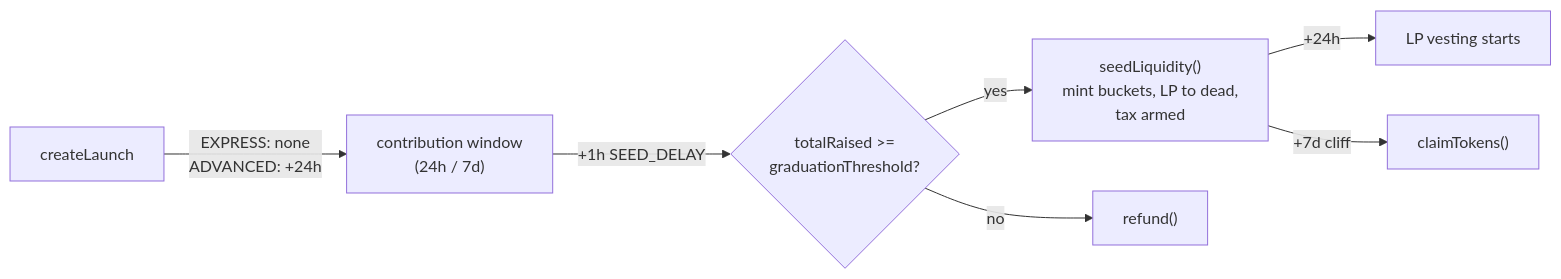
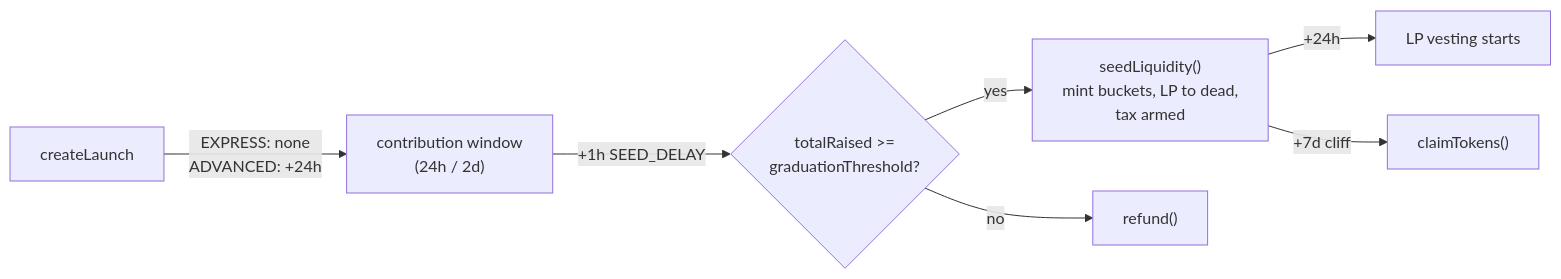
The second of 5 diagrams in SPEC.md (useboardwalk/boardwalk-contracts), drawn with Mermaid before and after one commit. The commit also changed other lines of this file and 2 other files, not shown here.

Commit message:
Document the advanced duration default as 2 days (#6)
The advanced auction window changed from 7 days to 2 days when its timelock
executed. SPEC.md and AGENTS.md still described 7d as the default, and
`02_DeployFactory` fell back to `7 days` when ADVANCED_DURATION was unset — the
same drift the graduation fallback had.

The 2-14 day admin range is unchanged, as is the immutable 24-hour
ADVANCED_START_DELAY.

Test fixtures that pass `advancedDuration: 7 days` explicitly are left alone:
they construct their own params and round-trip them, so they assert behaviour
rather than the shipped default, and 7 days is still a legal value.

````diff
--- a/SPEC.md
+++ b/SPEC.md
@@ -184,9 +184,9 @@
 ```mermaid
 flowchart LR
-    A[createLaunch] -->|EXPRESS: none<br/>ADVANCED: +24h| B["contribution window<br/>(24h / 7d)"]
+    A[createLaunch] -->|EXPRESS: none<br/>ADVANCED: +24h| B["contribution window<br/>(24h / 2d)"]
     B -->|"+1h SEED_DELAY"| C{"totalRaised >=<br/>graduationThreshold?"}
     C -->|yes| D["seedLiquidity()<br/>mint buckets, LP to dead,<br/>tax armed"]
     C -->|no| E["refund()"]
     D -->|+24h| F[LP vesting starts]
     D -->|+7d cliff| G["claimTokens()"]
 ```
````
